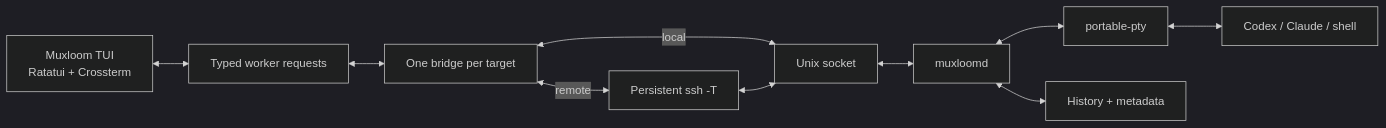
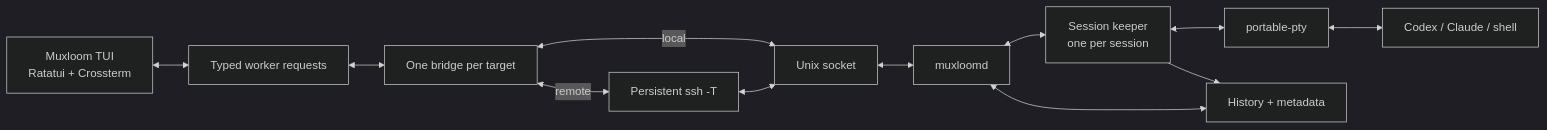
One commit to MarsTechHAN/Muxloom changed the diagram in README.md. Above: the diagram before and after it, drawn with Mermaid (dark theme). The commit also changed other lines of this file and 2 other files, not shown here.

Commit message:
docs: describe keepers, the update prompt, and the daemon-lag indicator

````diff
--- a/README.md
+++ b/README.md
@@ -484,21 +488,24 @@
 ```mermaid
 flowchart LR
     UI[Muxloom TUI<br/>Ratatui + Crossterm]
     Worker[Typed worker requests]
     Pool[One bridge per target]
     SSH[Persistent ssh -T]
     Socket[Unix socket]
     Daemon[muxloomd]
+    Keeper[Session keeper<br/>one per session]
     PTY[portable-pty]
     CLI[Codex / Claude / shell]
     State[History + metadata]
 
     UI <--> Worker
     Worker <--> Pool
     Pool <-->|remote| SSH
     Pool <-->|local| Socket
     SSH <--> Socket
     Socket <--> Daemon
-    Daemon <--> PTY <--> CLI
+    Daemon <--> Keeper
+    Keeper <--> PTY <--> CLI
+    Keeper --> State
     Daemon <--> State
 ```
````
